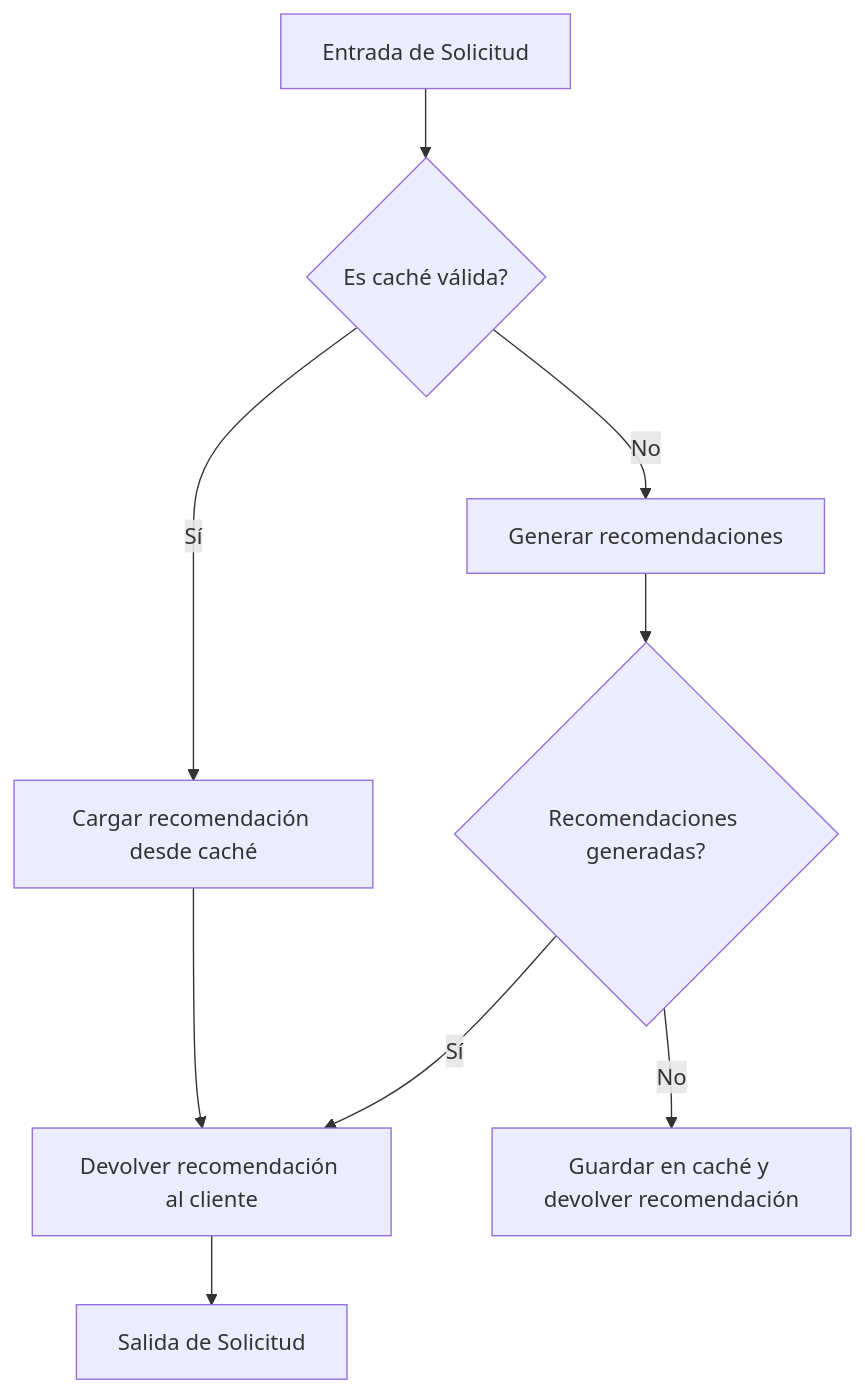
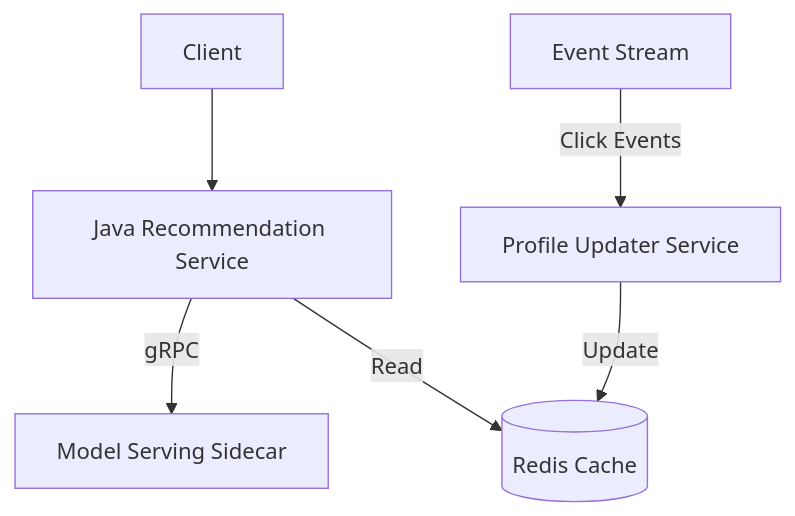
One commit to Joaquinriosheredia/DAM-Java-Mastery changed the fourth of 7 diagrams in _Review/arquitectura_para_sistemas_de_recomendacion/arquitectura_para_sistemas_de_recomendacion.md. Above: the diagram before and after it, drawn with Mermaid. The commit also changed other lines of this file, not shown here.

Commit message:
Arquitectura para Sistemas de Recomendación con Java 21

````diff
--- a/_Review/arquitectura_para_sistemas_de_recomendacion/arquitectura_para_sistemas_de_recomendacion.md
+++ b/_Review/arquitectura_para_sistemas_de_recomendacion/arquitectura_para_sistemas_de_recomendacion.md
@@ -342,12 +289,8 @@
 ```mermaid
 graph TD
-    A[Entrada de Solicitud] --> B{Es caché válida?}
-    B -->|Sí| C[Cargar recomendación desde caché]
-    B -->|No| D[Generar recomendaciones]
-    C --> E[Devolver recomendación al cliente]
-    D --> F{Recomendaciones generadas?}
-    F -->|Sí| E
-    F -->|No| G[Guardar en caché y devolver recomendación]
-    E --> H[Salida de Solicitud]
-
+    Client --> JavaSvc[Java Recommendation Service]
+    JavaSvc -->|gRPC| ML[Model Serving Sidecar]
+    JavaSvc -->|Read| Cache[(Redis Cache)]
+    Kafka[Event Stream] -->|Click Events| ProfileUpdater[Profile Updater Service]
+    ProfileUpdater -->|Update| Cache
 ```
````
